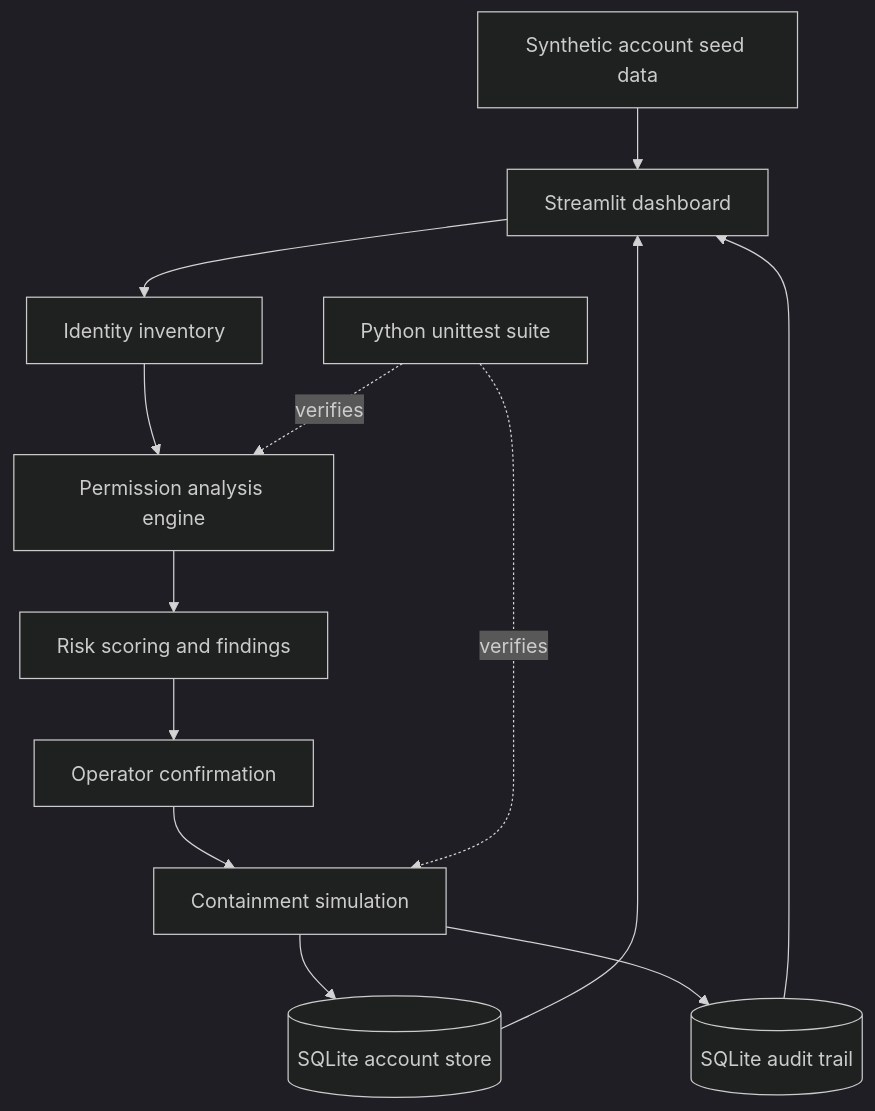
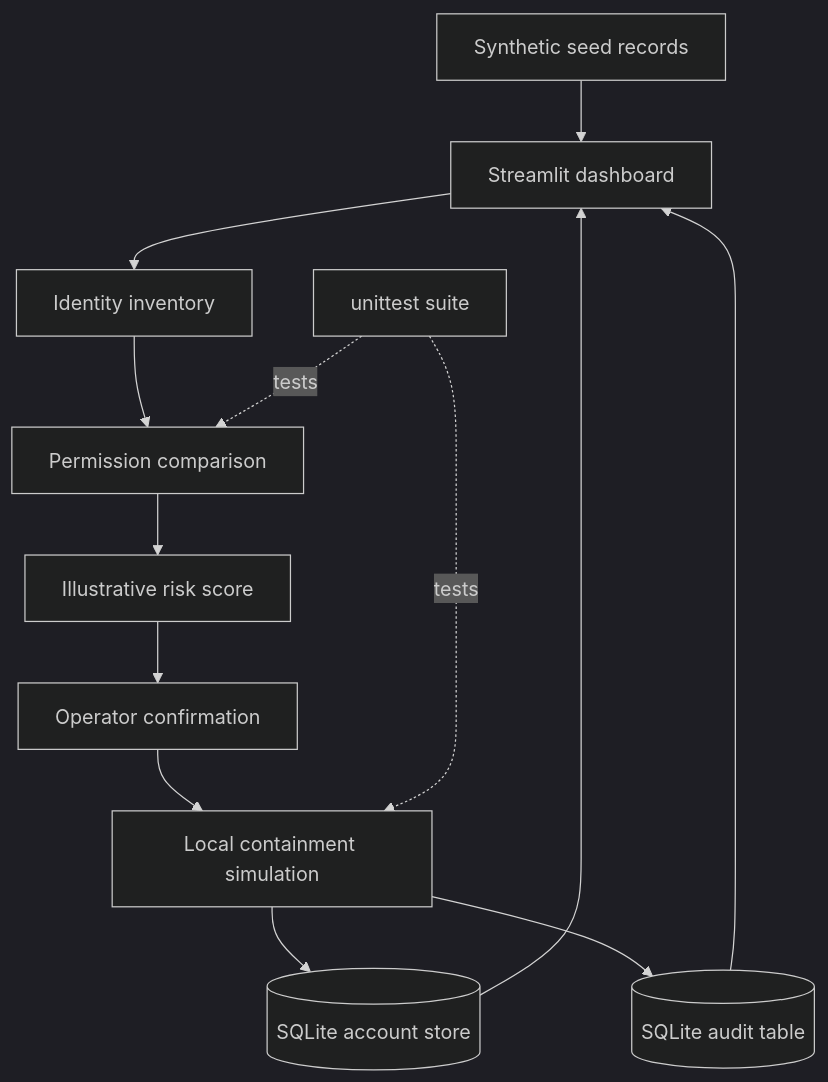
Before and after one commit to Ayush-Iyer1611/RogueGuard: the first of 2 diagrams in README.md, drawn with Mermaid (dark theme). The commit also changed other lines of this file, not shown here.

Commit message:
docs: evolve RogueGuard into expanded security prototype roadmap

````diff
--- a/README.md
+++ b/README.md
@@ -59,15 +75,15 @@
-```mermaid
+~~~mermaid
 flowchart TD
-    A[Synthetic account seed data] --> B[Streamlit dashboard]
+    A[Synthetic seed records] --> B[Streamlit dashboard]
     B --> C[Identity inventory]
-    C --> D[Permission analysis engine]
-    D --> E[Risk scoring and findings]
+    C --> D[Permission comparison]
+    D --> E[Illustrative risk score]
     E --> F[Operator confirmation]
-    F --> G[Containment simulation]
+    F --> G[Local containment simulation]
     G --> H[(SQLite account store)]
-    G --> I[(SQLite audit trail)]
+    G --> I[(SQLite audit table)]
     H --> B
     I --> B
-    J[Python unittest suite] -. verifies .-> D
-    J -. verifies .-> G
-```
+    J[unittest suite] -. tests .-> D
+    J -. tests .-> G
+~~~
````
